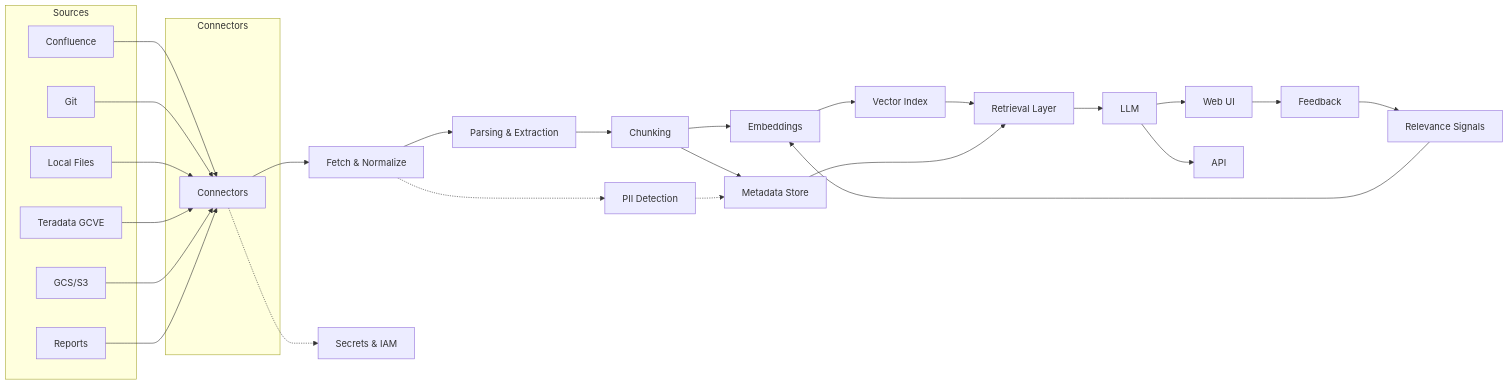
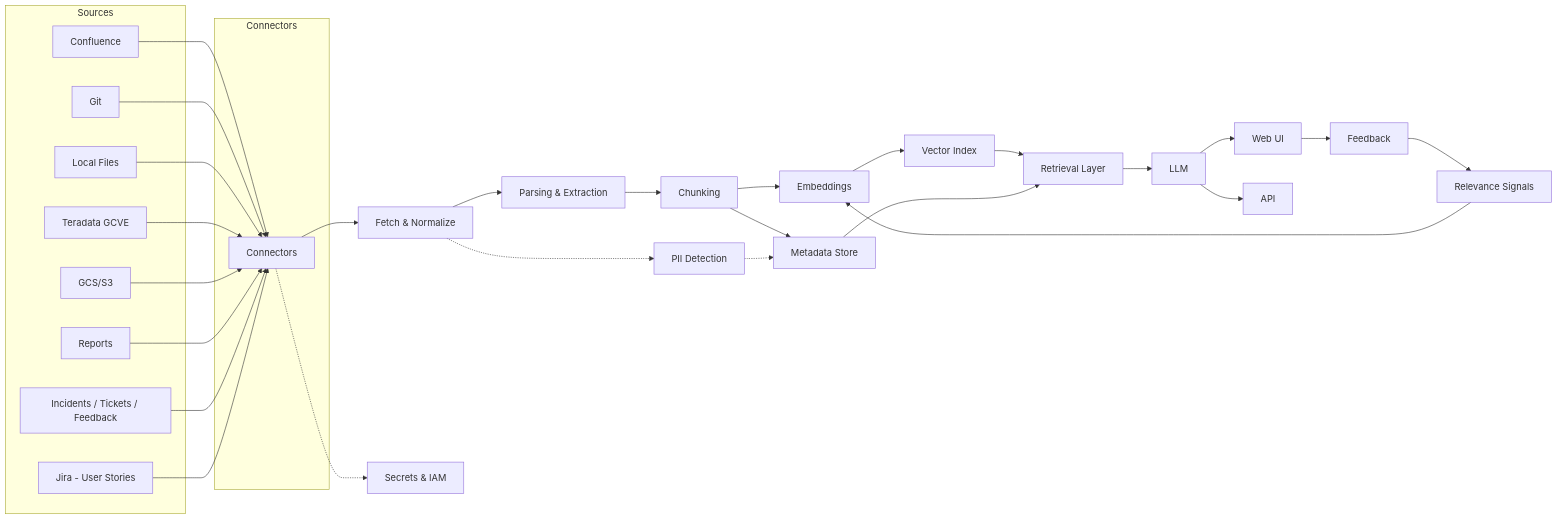
One commit to karthiknagaraj/local-RAG changed the diagram in docs/IA_DIAGRAM.md. Above: the diagram before and after it, drawn with Mermaid. The commit also changed other lines of this file, not shown here.

Commit message:
docs: include operations (incidents/tickets/feedback) and delivery (Jira stories); add end-user use cases

````diff
--- a/docs/IA_DIAGRAM.md
+++ b/docs/IA_DIAGRAM.md
@@ -7,44 +7,48 @@
 ```mermaid
 graph LR
   subgraph Sources
     A1[Confluence]
     A2[Git]
     A3[Local Files]
     A4[Teradata GCVE]
     A5[GCS/S3]
     A6[Reports]
+    A7[Incidents / Tickets / Feedback]
+    A8[Jira - User Stories]
   end
 
   subgraph Connectors
     C[Connectors]
   end
 
   A1 --> C
   A2 --> C
   A3 --> C
   A4 --> C
   A5 --> C
   A6 --> C
+  A7 --> C
+  A8 --> C
 
   C --> D[Fetch & Normalize]
   D --> E[Parsing & Extraction]
   E --> F[Chunking]
   F --> G[Embeddings]
   G --> H[Vector Index]
   F --> M[Metadata Store]
 
   H --> R[Retrieval Layer]
   M --> R
 
   R --> LLM[LLM]
   LLM --> UI[Web UI]
   LLM --> API[API]
 
   UI --> FB[Feedback]
   FB --> N[Relevance Signals]
   N --> G
 
   C -.-> S[Secrets & IAM]
   D -.-> Q[PII Detection]
   Q -.-> M
 ```
````
